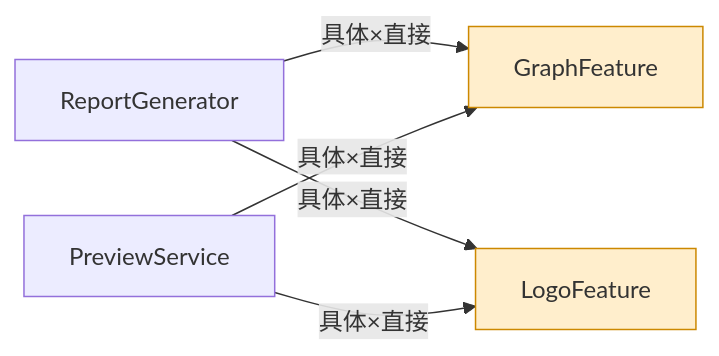
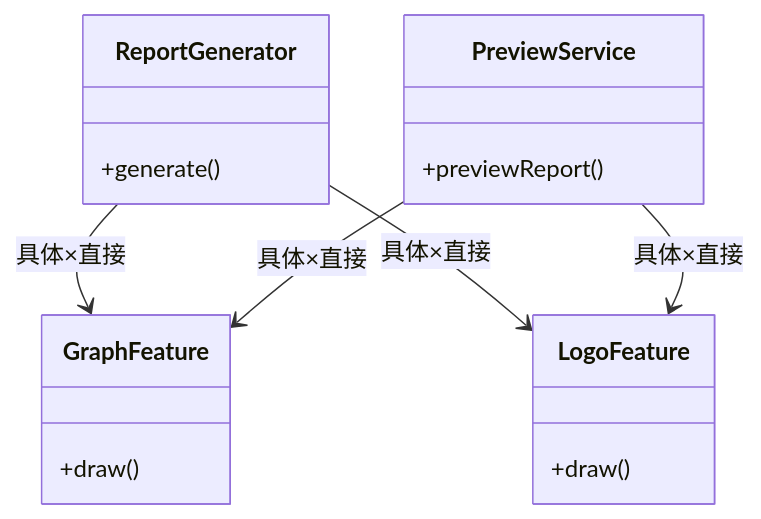
Before and after one commit to kumachan1101-pixel/DesignPattern: the sixth of 15 diagrams in kindle/design-patterns/output/chapter11.md, drawn with Mermaid. The commit also changed other lines of this file and 1 other file, not shown here.

First line of the commit message:
refactor: ch09_2/11 仕様表・構造図をクラス図に変更（作業中コミット）

````diff
--- a/kindle/design-patterns/output/chapter11.md
+++ b/kindle/design-patterns/output/chapter11.md
@@ -485,13 +485,19 @@
 ```mermaid
-graph LR
-    RG["ReportGenerator"]
-    PS["PreviewService"]
-    GF["GraphFeature"]
-    LF["LogoFeature"]
-    RG -- "具体×直接" --> GF
-    RG -- "具体×直接" --> LF
-    PS -- "具体×直接" --> GF
-    PS -- "具体×直接" --> LF
-    style GF fill:#ffeecc,stroke:#cc8800
-    style LF fill:#ffeecc,stroke:#cc8800
+classDiagram
+    class ReportGenerator {
+        +generate()
+    }
+    class PreviewService {
+        +previewReport()
+    }
+    class GraphFeature {
+        +draw()
+    }
+    class LogoFeature {
+        +draw()
+    }
+    ReportGenerator --> GraphFeature : 具体×直接
+    ReportGenerator --> LogoFeature : 具体×直接
+    PreviewService --> GraphFeature : 具体×直接
+    PreviewService --> LogoFeature : 具体×直接
 ```
````
